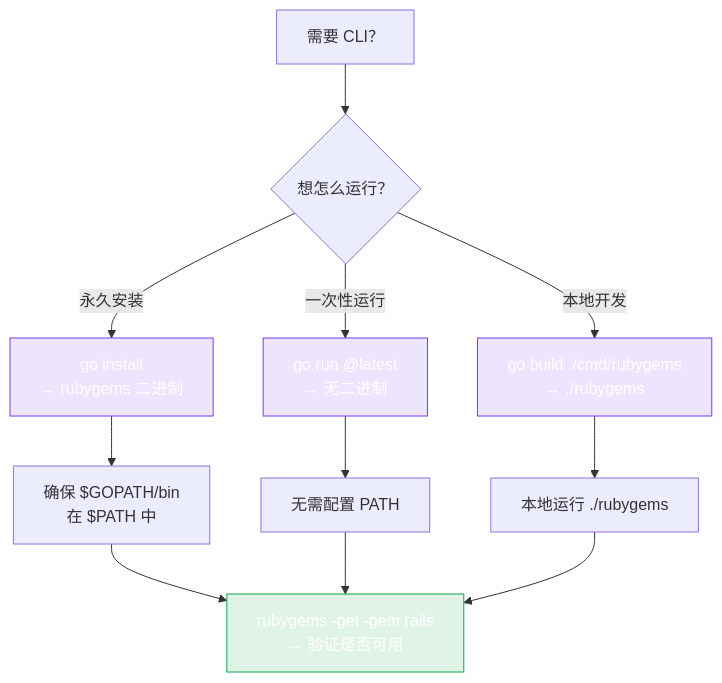
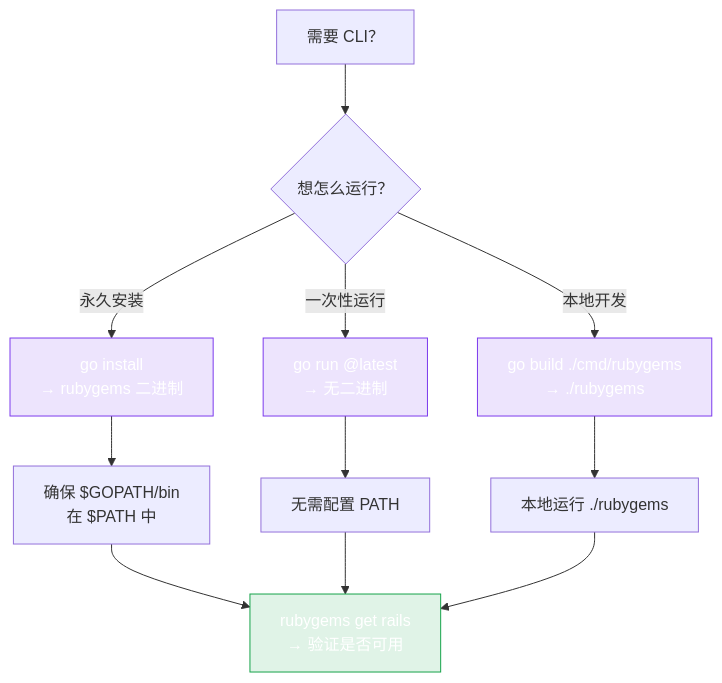
One commit to scagogogo/rubygems-skills changed the diagram in website/docs/zh/cli/install.md. Above: the diagram before and after it, drawn with Mermaid. The commit also changed other lines of this file and 4 other files, not shown here.

````diff
--- a/website/docs/zh/cli/install.md
+++ b/website/docs/zh/cli/install.md
@@ -5,16 +5,16 @@
 ```mermaid
 flowchart TD
     Need["需要 CLI？"] --> Q{"想怎么运行？"}
     Q -->|"永久安装"| GoInstall["go install\n→ rubygems 二进制"]
     Q -->|"一次性运行"| GoRun["go run @latest\n→ 无二进制"]
     Q -->|"本地开发"| Build["go build ./cmd/rubygems\n→ ./rubygems"]
     GoInstall --> Path["确保 $GOPATH/bin\n在 $PATH 中"]
     GoRun --> NoPath["无需配置 PATH"]
     Build --> Local["本地运行 ./rubygems"]
-    Path & NoPath & Local --> Verify["rubygems -get -gem rails\n→ 验证是否可用"]
+    Path & NoPath & Local --> Verify["rubygems get rails\n→ 验证是否可用"]
 
     classDef method fill:#7c3aed22,stroke:#7c3aed,color:#fff
     classDef ok fill:#16a34a22,stroke:#16a34a,color:#fff
     class GoInstall,GoRun,Build method
     class Verify ok
 ```
````
